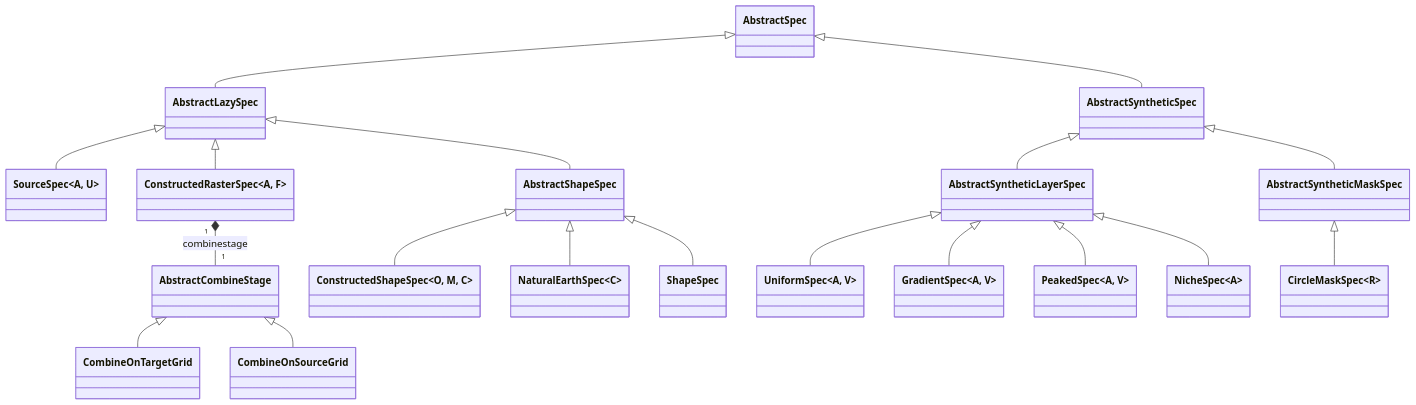
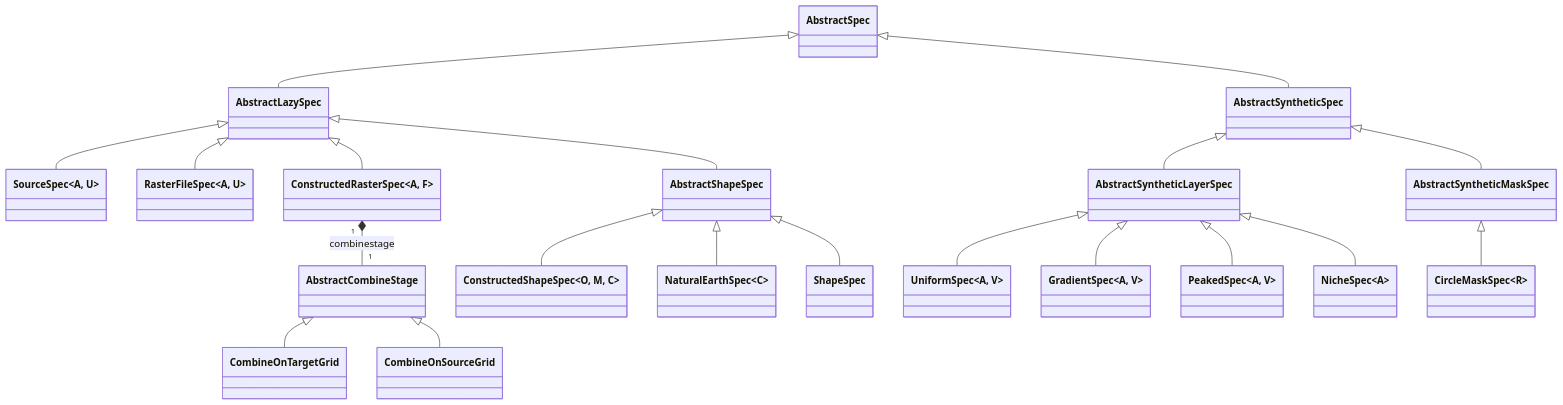
The ninth of 20 diagrams in data/architecture.md (EcoJulia/EcoSISTEM.jl), drawn with Mermaid before and after one commit. The commit also changed other lines of this file and 16 other files, not shown here.

````diff
--- a/data/architecture.md
+++ b/data/architecture.md
@@ -489,38 +493,40 @@
 ```mermaid
 classDiagram
     class AbstractSpec
     class AbstractLazySpec
     class AbstractSyntheticSpec
     class AbstractSyntheticLayerSpec
     class AbstractSyntheticMaskSpec
     class SourceSpec~A, U~
+    class RasterFileSpec~A, U~
     class ShapeSpec
     class AbstractShapeSpec
     class NaturalEarthSpec~C~
     class ConstructedShapeSpec~O, M, C~
     class ConstructedRasterSpec~A, F~
     class UniformSpec~A, V~
     class GradientSpec~A, V~
     class PeakedSpec~A, V~
     class NicheSpec~A~
     class CircleMaskSpec~R~
     class AbstractCombineStage
     AbstractSpec              <|-- AbstractLazySpec
     AbstractSpec              <|-- AbstractSyntheticSpec
     AbstractLazySpec          <|-- SourceSpec
+    AbstractLazySpec          <|-- RasterFileSpec
     AbstractLazySpec          <|-- ConstructedRasterSpec
     AbstractSyntheticSpec     <|-- AbstractSyntheticLayerSpec
     AbstractSyntheticSpec     <|-- AbstractSyntheticMaskSpec
     AbstractSyntheticLayerSpec <|-- UniformSpec
     AbstractSyntheticLayerSpec <|-- GradientSpec
     AbstractSyntheticLayerSpec <|-- PeakedSpec
     AbstractSyntheticLayerSpec <|-- NicheSpec
     AbstractSyntheticMaskSpec  <|-- CircleMaskSpec
     AbstractCombineStage <|-- CombineOnTargetGrid
     AbstractCombineStage <|-- CombineOnSourceGrid
     ConstructedRasterSpec "1" *-- "1" AbstractCombineStage : combinestage
     AbstractLazySpec <|-- AbstractShapeSpec
     AbstractShapeSpec <|-- ConstructedShapeSpec
     AbstractShapeSpec <|-- NaturalEarthSpec
     AbstractShapeSpec <|-- ShapeSpec
 ```
````
